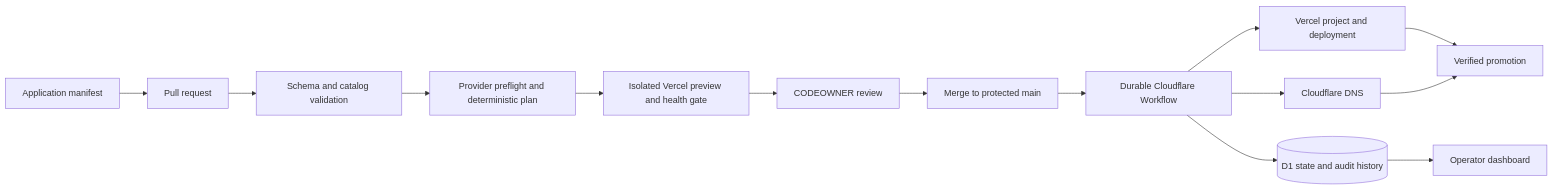
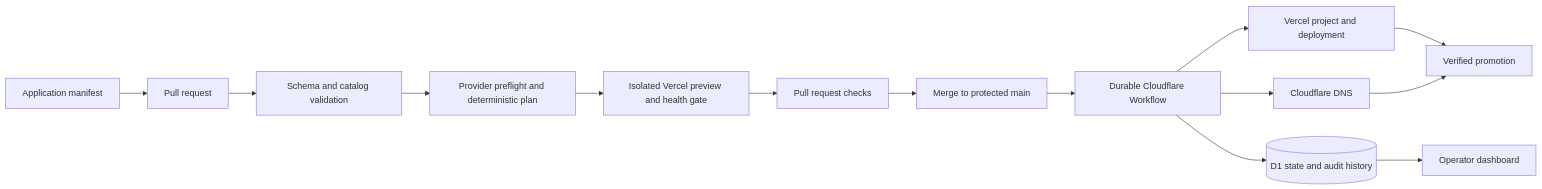
One commit to carterlasalle/launchpad-platform changed the diagram in README.md. Above: the diagram before and after it, drawn with Mermaid. The commit also changed other lines of this file and 5 other files, not shown here.

````diff
--- a/README.md
+++ b/README.md
@@ -20,16 +20,16 @@
 ```mermaid
 flowchart LR
     A[Application manifest] --> B[Pull request]
     B --> C[Schema and catalog validation]
     C --> D[Provider preflight and deterministic plan]
     D --> E[Isolated Vercel preview and health gate]
-    E --> F[CODEOWNER review]
-    F --> G[Merge to protected main]
+  E --> F[Pull request checks]
+  F --> G[Merge to protected main]
     G --> H[Durable Cloudflare Workflow]
     H --> I[Vercel project and deployment]
     H --> J[Cloudflare DNS]
     H --> K[(D1 state and audit history)]
     K --> L[Operator dashboard]
     I --> M[Verified promotion]
     J --> M
 ```
````
